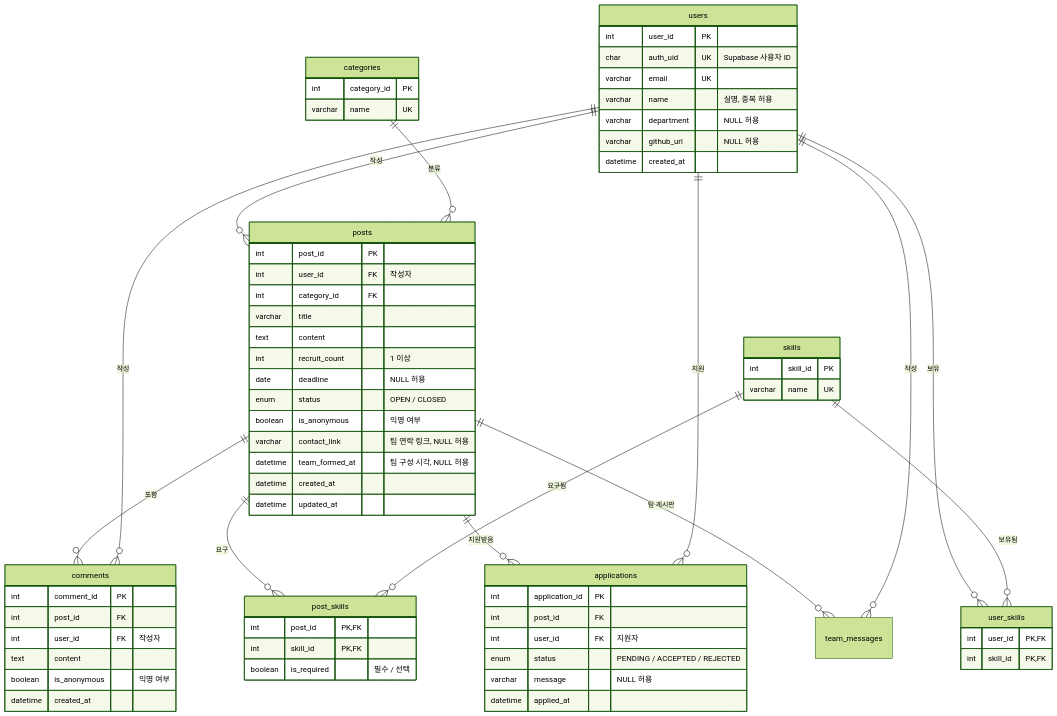
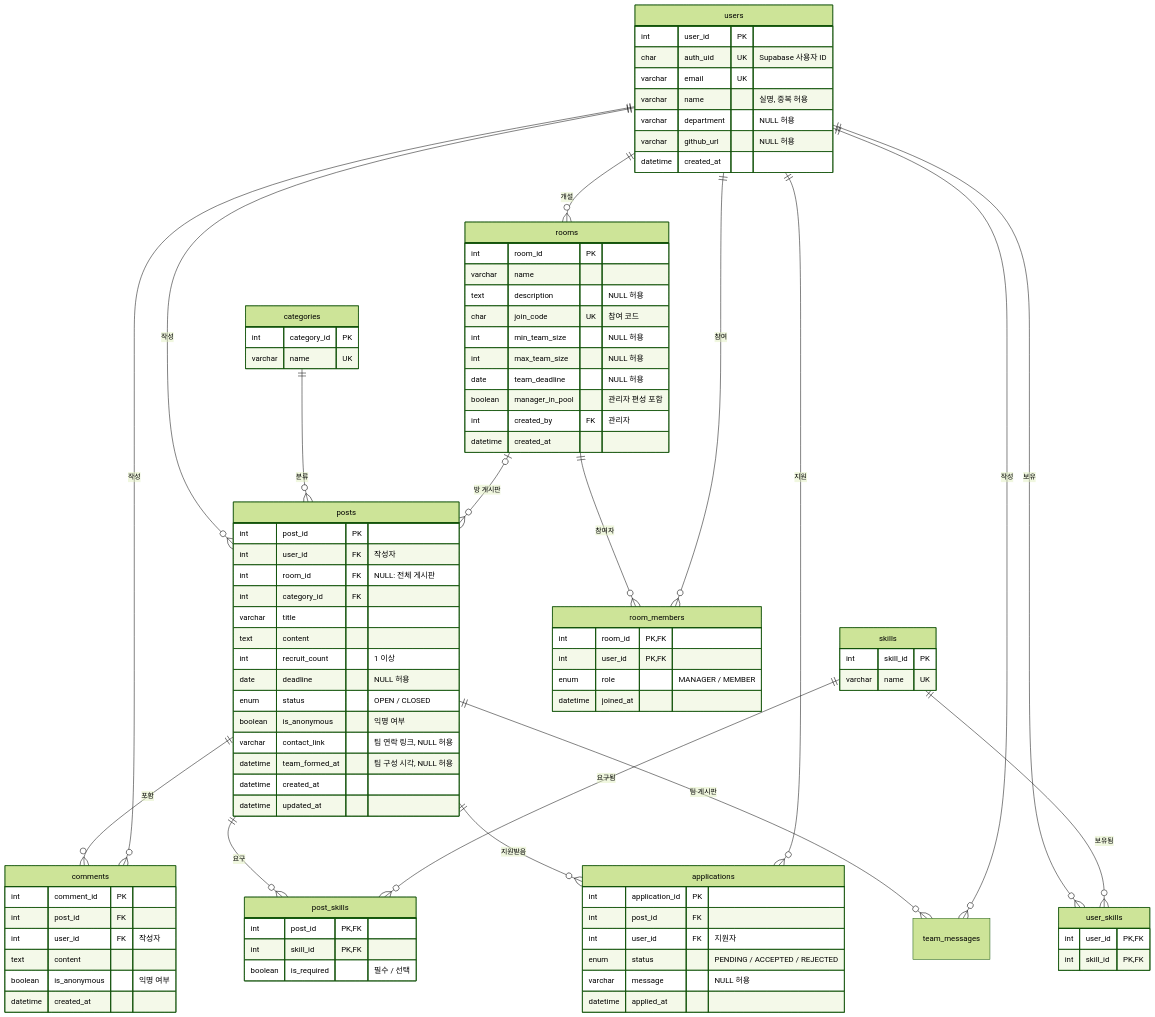
One commit to qwasqwe0916/qwasqwe0916 changed the diagram in docs/erd.md. Above: the diagram before and after it, drawn with Mermaid (forest theme). The commit also changed other lines of this file and 27 other files, not shown here.

```diff
--- a/docs/erd.md
+++ b/docs/erd.md
@@ -21,6 +21,10 @@
     posts ||--o{ applications : "지원받음"
     users ||--o{ applications : "지원"
     posts ||--o{ team_messages : "팀 게시판"
+    users ||--o{ rooms : "개설"
+    rooms ||--o{ room_members : "참여자"
+    users ||--o{ room_members : "참여"
+    rooms |o--o{ posts : "방 게시판"
     users ||--o{ team_messages : "작성"
 
     users {
@@ -44,9 +48,28 @@
         int user_id PK, FK
         int skill_id PK, FK
     }
+    rooms {
+        int room_id PK
+        varchar name
+        text description "NULL 허용"
+        char join_code UK "참여 코드"
+        int min_team_size "NULL 허용"
+        int max_team_size "NULL 허용"
+        date team_deadline "NULL 허용"
+        boolean manager_in_pool "관리자 편성 포함"
+        int created_by FK "관리자"
+        datetime created_at
+    }
+    room_members {
+        int room_id PK, FK
+        int user_id PK, FK
+        enum role "MANAGER / MEMBER"
+        datetime joined_at
+    }
     posts {
         int post_id PK
         int user_id FK "작성자"
+        int room_id FK "NULL: 전체 게시판"
         int category_id FK
         varchar title
         text content
```
